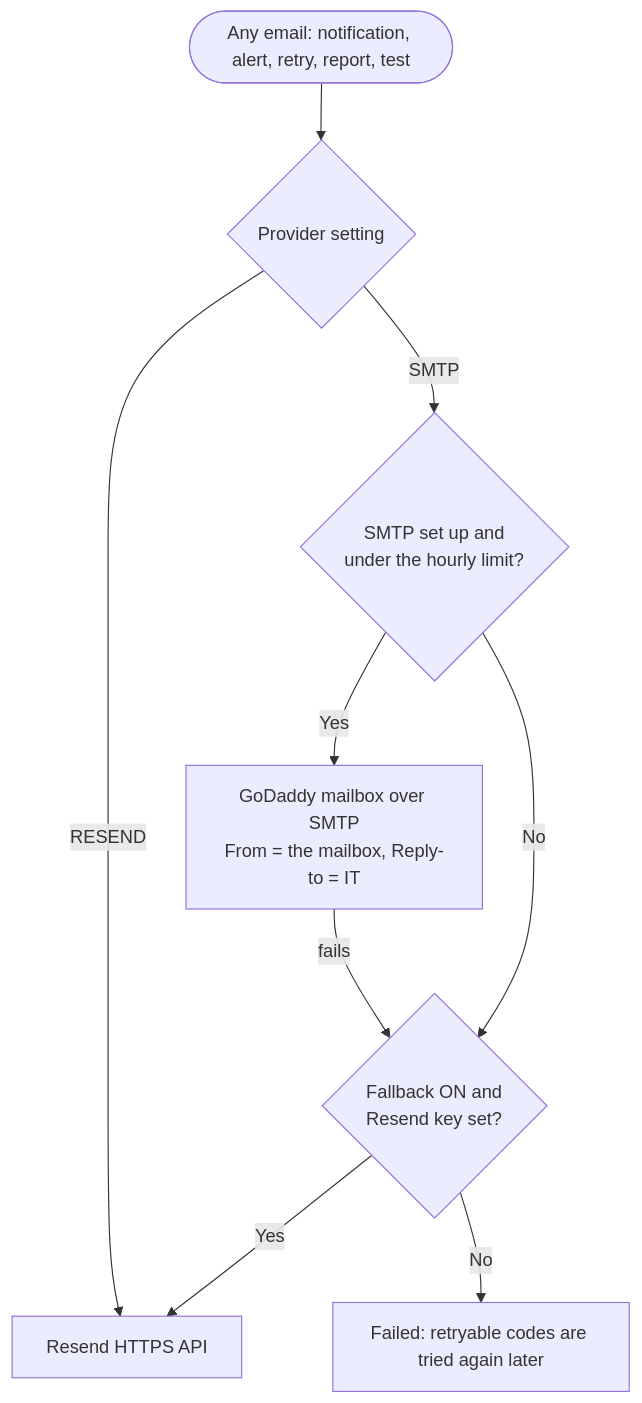
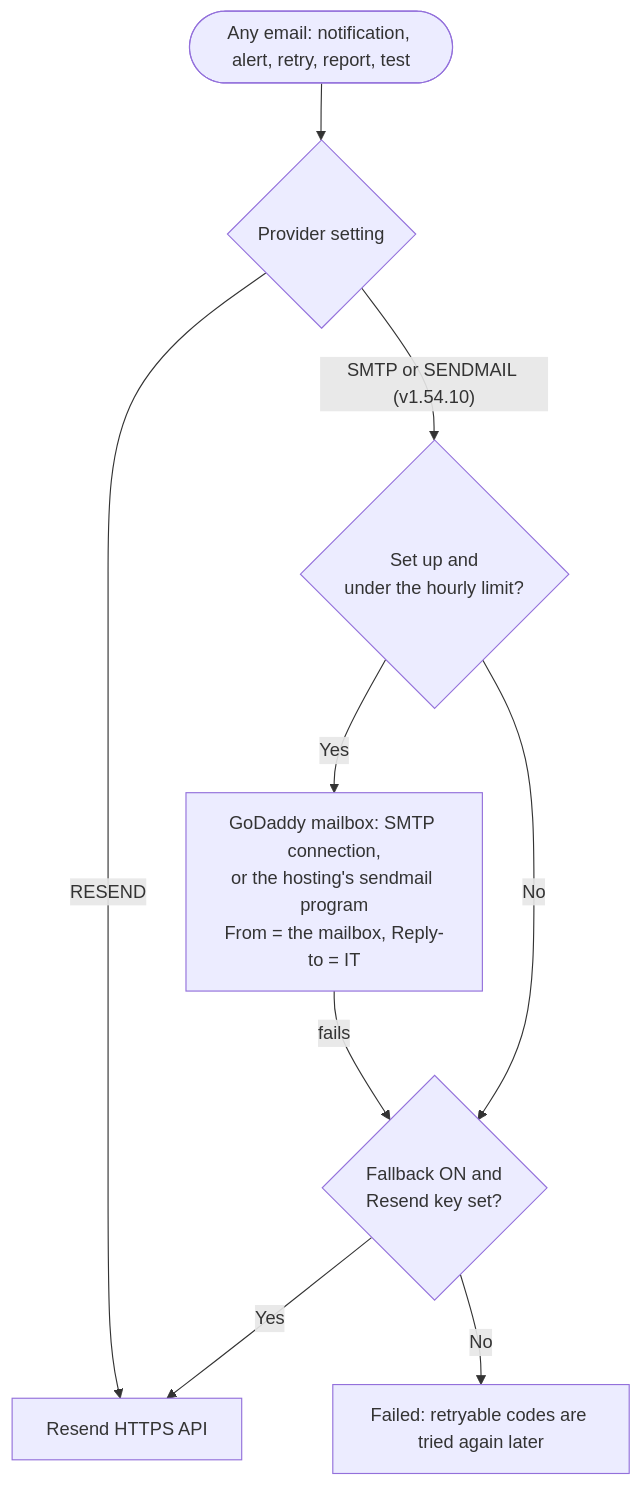
One commit to HarishDevs/ARS-Approval-System changed the second of 40 diagrams in FLOWS.md. Above: the diagram before and after it, drawn with Mermaid. The commit also changed 14 other files, not shown here.

Commit message:
v1.54.10: email through the hosting's own mail program (SENDMAIL), since live SMTP connections get EACCES (D-319)

````diff
--- a/FLOWS.md
+++ b/FLOWS.md
@@ -133,11 +133,11 @@
 ```mermaid
 flowchart TD
   A([Any email: notification, alert, retry, report, test]) --> P{Provider setting}
   P -- RESEND --> R[Resend HTTPS API]
-  P -- SMTP --> C{SMTP set up and\nunder the hourly limit?}
-  C -- Yes --> S[GoDaddy mailbox over SMTP\nFrom = the mailbox, Reply-to = IT]
+  P -- "SMTP or SENDMAIL (v1.54.10)" --> C{Set up and\nunder the hourly limit?}
+  C -- Yes --> S[GoDaddy mailbox: SMTP connection,\nor the hosting's sendmail program\nFrom = the mailbox, Reply-to = IT]
   S -- fails --> F{Fallback ON and\nResend key set?}
   C -- No --> F
   F -- Yes --> R
   F -- No --> W[Failed: retryable codes are tried again later]
 ```
````
